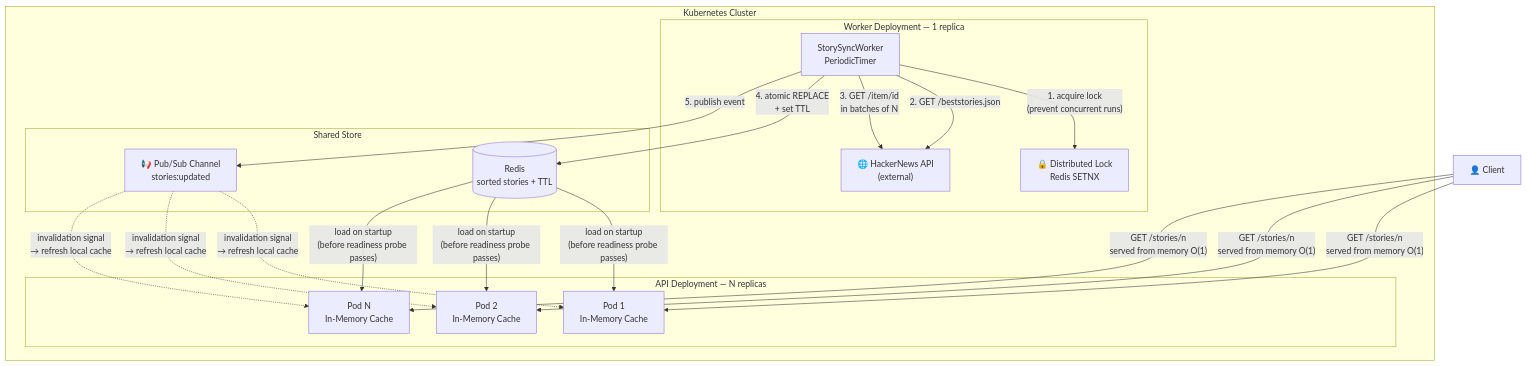
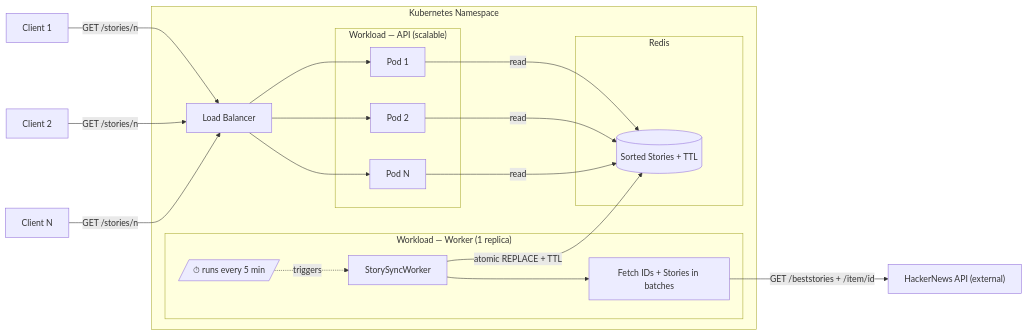
The diagram in README.md (jonatansouza/HackerNewsGateway), drawn with Mermaid before and after one commit. The commit also changed other lines of this file, not shown here.

````diff
--- a/README.md
+++ b/README.md
@@ -86,44 +86,48 @@
 ```mermaid
-flowchart TD
-    HN["🌐 HackerNews API\n(external)"]
+flowchart LR
+    HN["HackerNews API (external)"]
 
-    subgraph k8s["Kubernetes Cluster"]
+    subgraph ns["Kubernetes Namespace"]
 
-        subgraph worker["Worker Deployment — 1 replica"]
-            W["StorySyncWorker\nPeriodicTimer"]
-            LOCK["🔒 Distributed Lock\nRedis SETNX"]
-            W -->|"1. acquire lock\n(prevent concurrent runs)"| LOCK
-            W -->|"2. GET /beststories.json"| HN
-            W -->|"3. GET /item/id\nin batches of N"| HN
+        subgraph worker["Workload — Worker (1 replica)"]
+            W["StorySyncWorker"]
+            FETCH["Fetch IDs + Stories in batches"]
+            SCHED[/"⏱ runs every 5 min"/]
+            SCHED -. triggers .-> W
         end
 
-        subgraph store["Shared Store"]
-            REDIS[("Redis\nsorted stories + TTL")]
-            PUBSUB["📢 Pub/Sub Channel\nstories:updated"]
+        subgraph store["Redis"]
+            REDIS[("Sorted Stories + TTL")]
         end
 
-        subgraph api["API Deployment — N replicas"]
-            A1["Pod 1\nIn-Memory Cache"]
-            A2["Pod 2\nIn-Memory Cache"]
-            AN["Pod N\nIn-Memory Cache"]
+        subgraph api["Workload — API (scalable)"]
+            A1["Pod 1"]
+            A2["Pod 2"]
+            AN["Pod N"]
         end
+
+        LB["Load Balancer"]
 
     end
 
-    CLIENT["👤 Client"]
+    C1["Client 1"]
+    C2["Client 2"]
+    CN["Client N"]
 
-    W -->|"4. atomic REPLACE\n+ set TTL"| REDIS
-    W -->|"5. publish event"| PUBSUB
+    W --> FETCH
+    FETCH -->|"GET /beststories + /item/id"| HN
 
-    PUBSUB -.->|"invalidation signal\n→ refresh local cache"| A1
-    PUBSUB -.->|"invalidation signal\n→ refresh local cache"| A2
-    PUBSUB -.->|"invalidation signal\n→ refresh local cache"| AN
+    W -->|"atomic REPLACE + TTL"| REDIS
 
-    REDIS -->|"load on startup\n(before readiness probe passes)"| A1
-    REDIS -->|"load on startup\n(before readiness probe passes)"| A2
-    REDIS -->|"load on startup\n(before readiness probe passes)"| AN
+    C1 -->|"GET /stories/n"| LB
+    C2 -->|"GET /stories/n"| LB
+    CN -->|"GET /stories/n"| LB
 
-    CLIENT -->|"GET /stories/n\nserved from memory O(1)"| A1
-    CLIENT -->|"GET /stories/n\nserved from memory O(1)"| A2
-    CLIENT -->|"GET /stories/n\nserved from memory O(1)"| AN
+    LB --> A1
+    LB --> A2
+    LB --> AN
+
+    A1 -->|"read"| REDIS
+    A2 -->|"read"| REDIS
+    AN -->|"read"| REDIS
 ```
````
